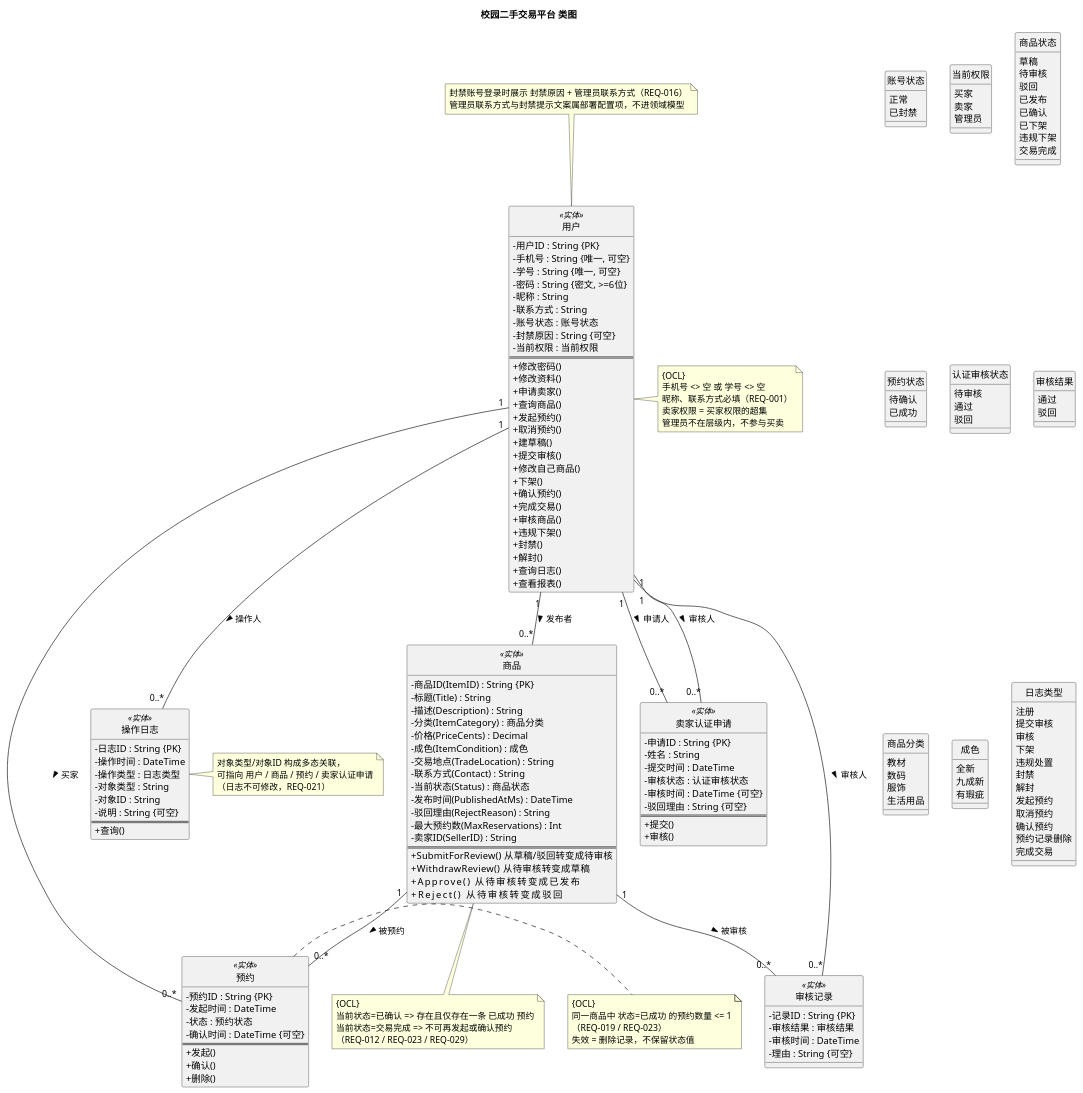
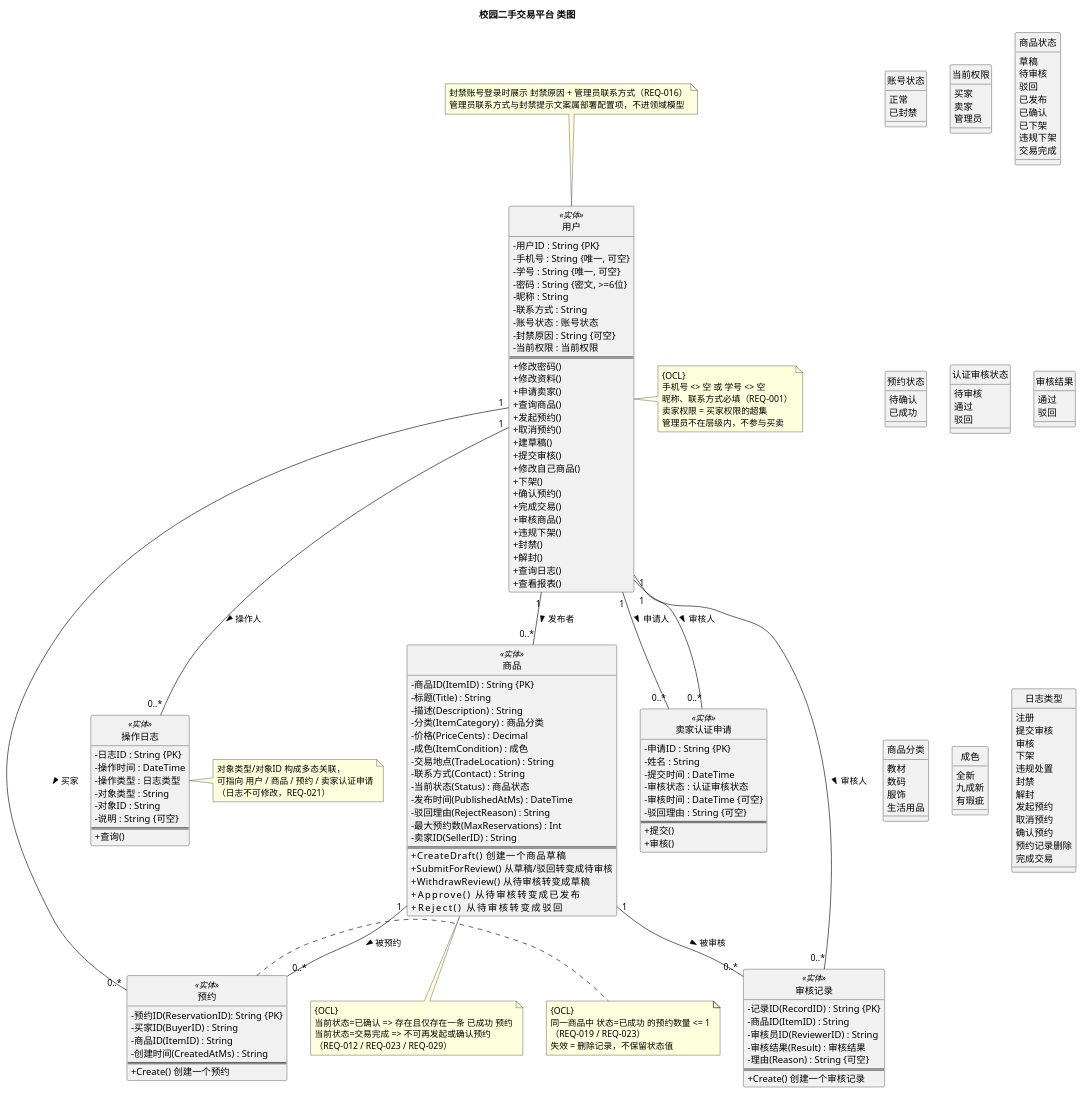
One commit to Zhong-Yufeng/SoftwareEngineering_Exp changed the diagram in CSHTP/UML类图.puml. Above: the diagram before and after it, drawn with PlantUML. The commit also changed 15 other files, not shown here.

```diff
--- a/CSHTP/UML类图.puml
+++ b/CSHTP/UML类图.puml
@@ -55,6 +55,7 @@
   - 最大预约数(MaxReservations) : Int 
   - 卖家ID(SellerID) : String 
   ==
+  + CreateDraft()       创建一个商品草稿
   + SubmitForReview()   从草稿/驳回转变成待审核
   + WithdrawReview()    从待审核转变成草稿
   + Approve()           从待审核转变成已发布
@@ -62,14 +63,12 @@
 }
 
 class 预约 <<实体>> {
-  - 预约ID : String {PK}
-  - 发起时间 : DateTime
-  - 状态 : 预约状态
-  - 确认时间 : DateTime {可空}
+  - 预约ID(ReservationID): String {PK}
+  - 买家ID(BuyerID) : String
+  - 商品ID(ItemID) : String
+  - 创建时间(CreatedAtMs) : String
   ==
-  + 发起()
-  + 确认()
-  + 删除()
+  + Create() 创建一个预约
 }
 
 class 卖家认证申请 <<实体>> {
@@ -85,10 +84,13 @@
 }
 
 class 审核记录 <<实体>> {
-  - 记录ID : String {PK}
-  - 审核结果 : 审核结果
-  - 审核时间 : DateTime
-  - 理由 : String {可空}
+  - 记录ID(RecordID) : String {PK}
+  - 商品ID(ItemID) : String
+  - 审核员ID(ReviewerID) : String
+  - 审核结果(Result) : 审核结果
+  - 理由(Reason) : String {可空}
+  ==
+  + Create() 创建一个审核记录
 }
 
 class 操作日志 <<实体>> {
```
